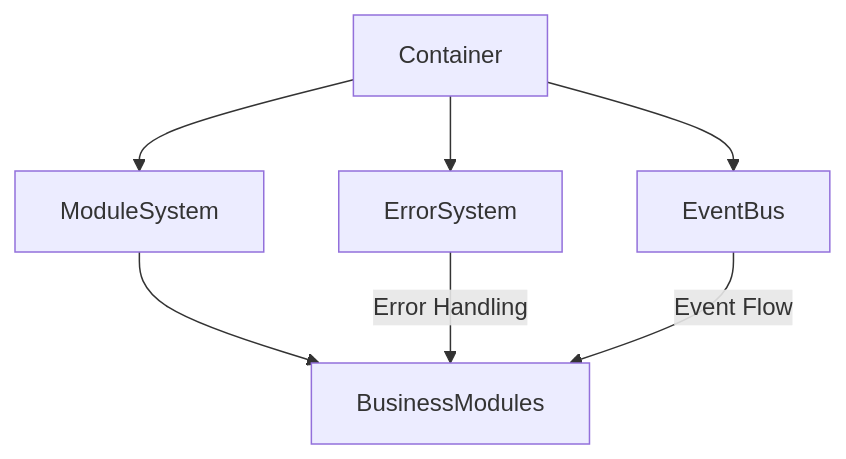
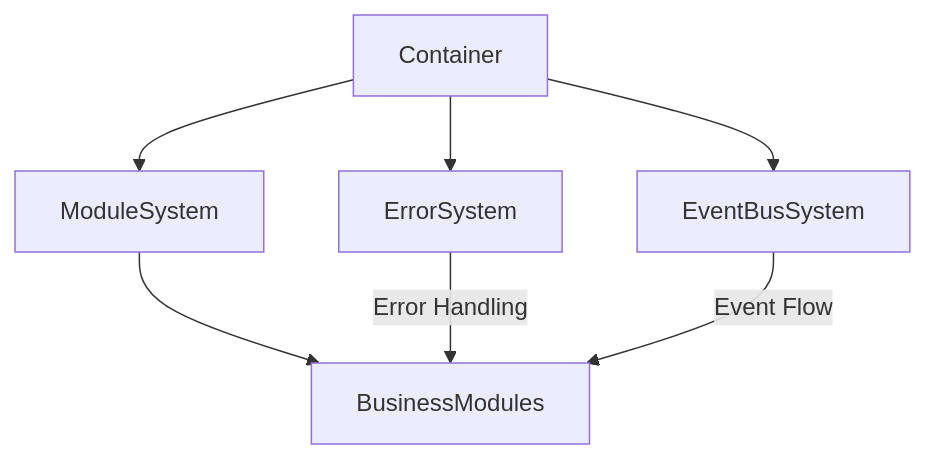
One commit to mikko-severo/tsmis_v8 changed the diagram in src/core/module/module-system-docs.md. Above: the diagram before and after it, drawn with Mermaid. The commit also changed other lines of this file, not shown here.

Commit message:
Module system -  Updated docs

````diff
--- a/src/core/module/module-system-docs.md
+++ b/src/core/module/module-system-docs.md
@@ -108,11 +127,11 @@
 ```mermaid
 graph TB
     Container --> ErrorSystem
-    Container --> EventBus
+    Container --> EventBusSystem
     Container --> ModuleSystem
     
     ModuleSystem --> BusinessModules
     
     ErrorSystem --> |Error Handling| BusinessModules
-    EventBus --> |Event Flow| BusinessModules
+    EventBusSystem --> |Event Flow| BusinessModules
 ```
````
